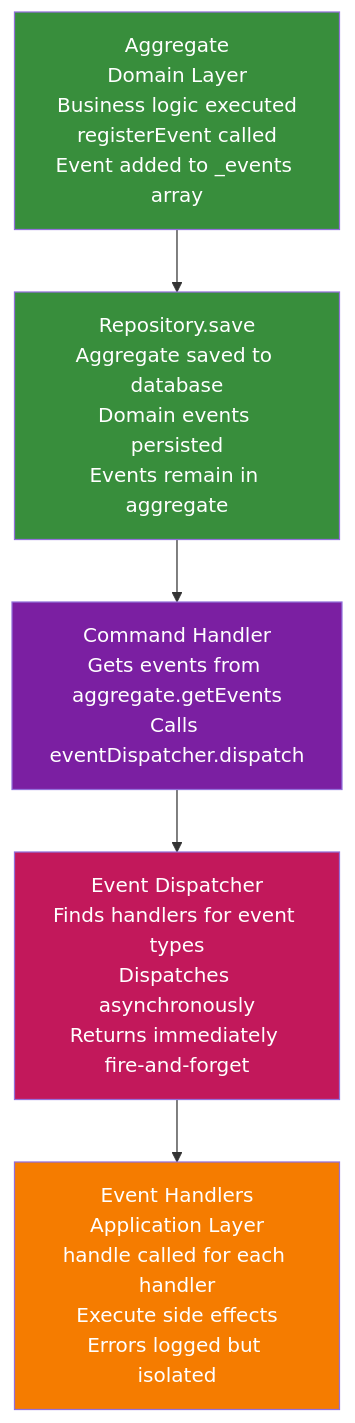
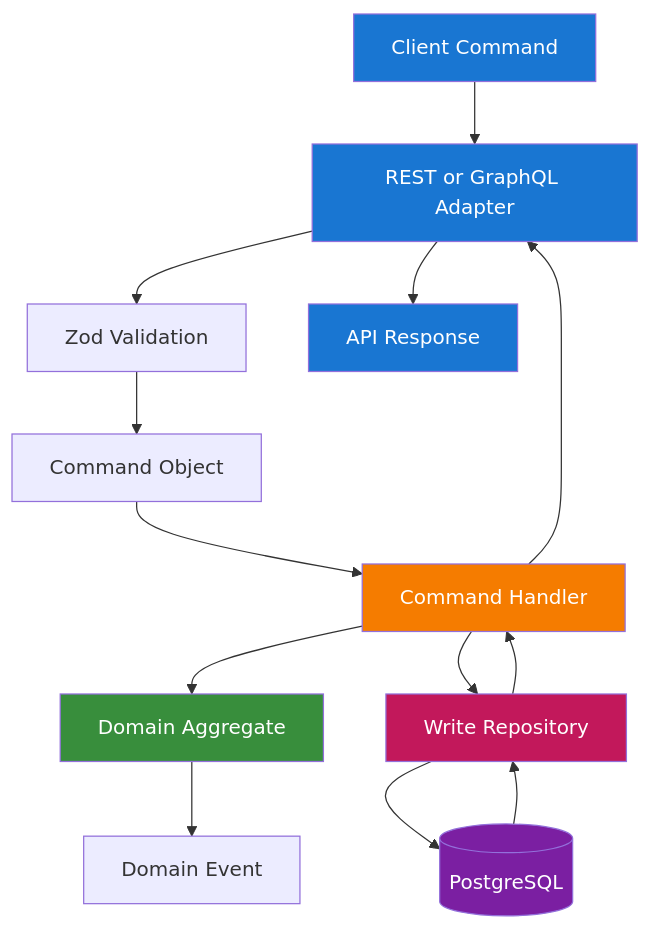
One commit to thinhtran3588/product-templates changed the fourth of 4 diagrams in api/docs/architecture.md. Above: the diagram before and after it, drawn with Mermaid. The commit also changed other lines of this file and 522 other files, not shown here.

````diff
--- a/api/docs/architecture.md
+++ b/api/docs/architecture.md
@@ -193,13 +128,23 @@
 ```mermaid
 flowchart TD
-    Aggregate[Aggregate<br/>Domain Layer<br/>Business logic executed<br/>registerEvent called<br/>Event added to _events array] --> RepoSave[Repository.save<br/>Aggregate saved to database<br/>Domain events persisted<br/>Events remain in aggregate]
-    RepoSave --> CommandHandler[Command Handler<br/>Gets events from aggregate.getEvents<br/>Calls eventDispatcher.dispatch]
-    CommandHandler --> EventDispatcher[Event Dispatcher<br/>Finds handlers for event types<br/>Dispatches asynchronously<br/>Returns immediately fire-and-forget]
-    EventDispatcher --> EventHandlers[Event Handlers<br/>Application Layer<br/>handle called for each handler<br/>Execute side effects<br/>Errors logged but isolated]
+    Client[Client Command] --> Adapter[REST or GraphQL Adapter]
+    Adapter --> Validator[Zod Validation]
+    Validator --> Command[Command Object]
+    Command --> Handler[Command Handler]
+    Handler --> Aggregate[Domain Aggregate]
+    Aggregate --> Event[Domain Event]
+    Handler --> Repo[Write Repository]
+    Repo --> Db[(PostgreSQL)]
+    Db --> Repo
+    Repo --> Handler
+    Handler --> Adapter
+    Adapter --> Response[API Response]
 
+    style Client fill:#1976d2,color:#fff
+    style Adapter fill:#1976d2,color:#fff
+    style Handler fill:#f57c00,color:#fff
     style Aggregate fill:#388e3c,color:#fff
-    style RepoSave fill:#388e3c,color:#fff
-    style CommandHandler fill:#7b1fa2,color:#fff
-    style EventDispatcher fill:#c2185b,color:#fff
-    style EventHandlers fill:#f57c00,color:#fff
+    style Repo fill:#c2185b,color:#fff
+    style Db fill:#7b1fa2,color:#fff
+    style Response fill:#1976d2,color:#fff
 ```
````
